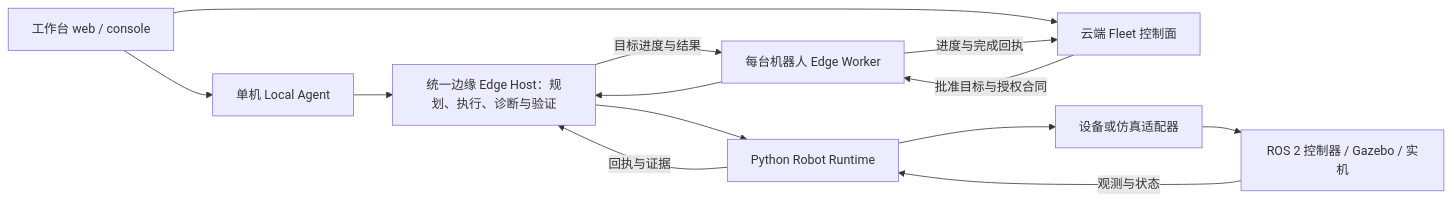
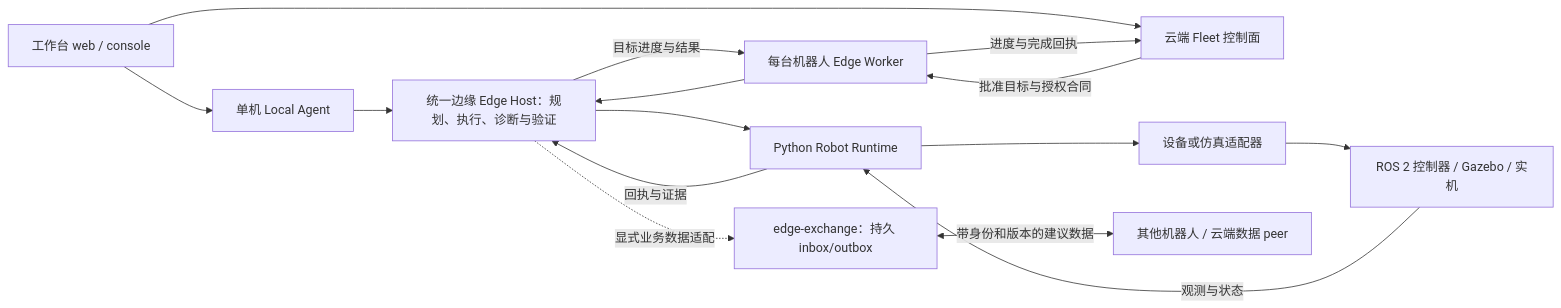
Before and after one commit to SUSTechWLA/tangying-robot-agent-os: the diagram in README.md, drawn with Mermaid. The commit also changed other lines of this file and 126 other files, not shown here.

````diff
--- a/README.md
+++ b/README.md
@@ -82,15 +86,17 @@
 ```mermaid
 flowchart LR
     UI[工作台 web / console] --> Local[单机 Local Agent]
     UI --> Fleet[云端 Fleet 控制面]
     Fleet -->|批准目标与授权合同| Worker[每台机器人 Edge Worker]
     Local --> Host[统一边缘 Edge Host：规划、执行、诊断与验证]
     Worker --> Host
     Host --> Runtime[Python Robot Runtime]
     Runtime --> Backend[设备或仿真适配器]
     Backend --> Robot[ROS 2 控制器 / Gazebo / 实机]
     Robot -->|观测与状态| Runtime
     Runtime -->|回执与证据| Host
     Host -->|目标进度与结果| Worker
     Worker -->|进度与完成回执| Fleet
+    Host -. 显式业务数据适配 .-> Exchange[edge-exchange：持久 inbox/outbox]
+    Exchange <-->|带身份和版本的建议数据| Peer[其他机器人 / 云端数据 peer]
 ```
````
